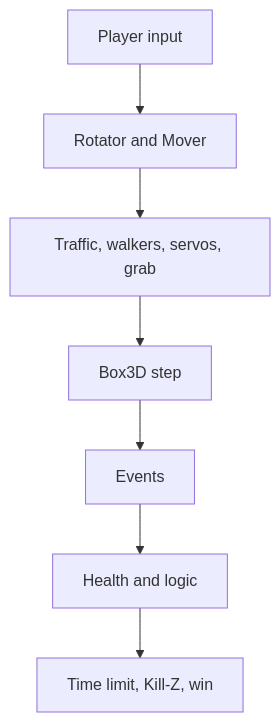
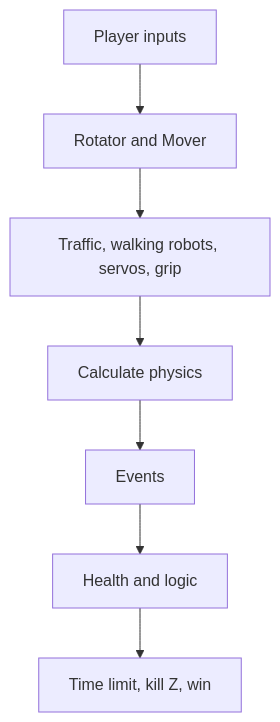
One commit to ChristianHohlfeld/kernengine.de changed the third of 4 diagrams in kern/docs/book-yellow/08-game-runtime.md. Above: the diagram before and after it, drawn with Mermaid. The commit also changed other lines of this file and 22 other files, not shown here.

````diff
--- a/kern/docs/book-yellow/08-game-runtime.md
+++ b/kern/docs/book-yellow/08-game-runtime.md
@@ -264,9 +333,10 @@
 ```mermaid
+%% Caption: One fixed step of the GameWorld, always in the same order
 flowchart TD
-  A[Player input] --> B[Rotator and Mover]
-  B --> C[Traffic, walkers, servos, grab]
-  C --> D[Box3D step]
+  A[Player inputs] --> B[Rotator and Mover]
+  B --> C[Traffic, walking robots, servos, grip]
+  C --> D[Calculate physics]
   D --> E[Events]
   E --> F[Health and logic]
-  F --> G[Time limit, Kill-Z, win]
+  F --> G[Time limit, kill Z, win]
 ```
````
